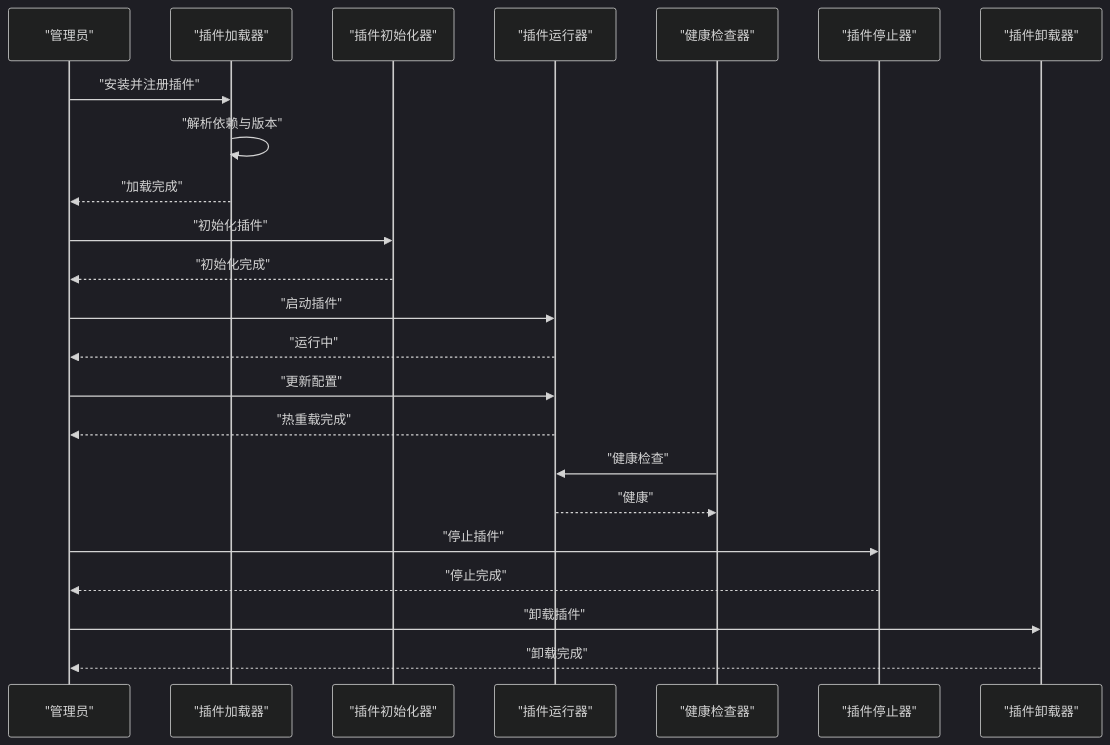
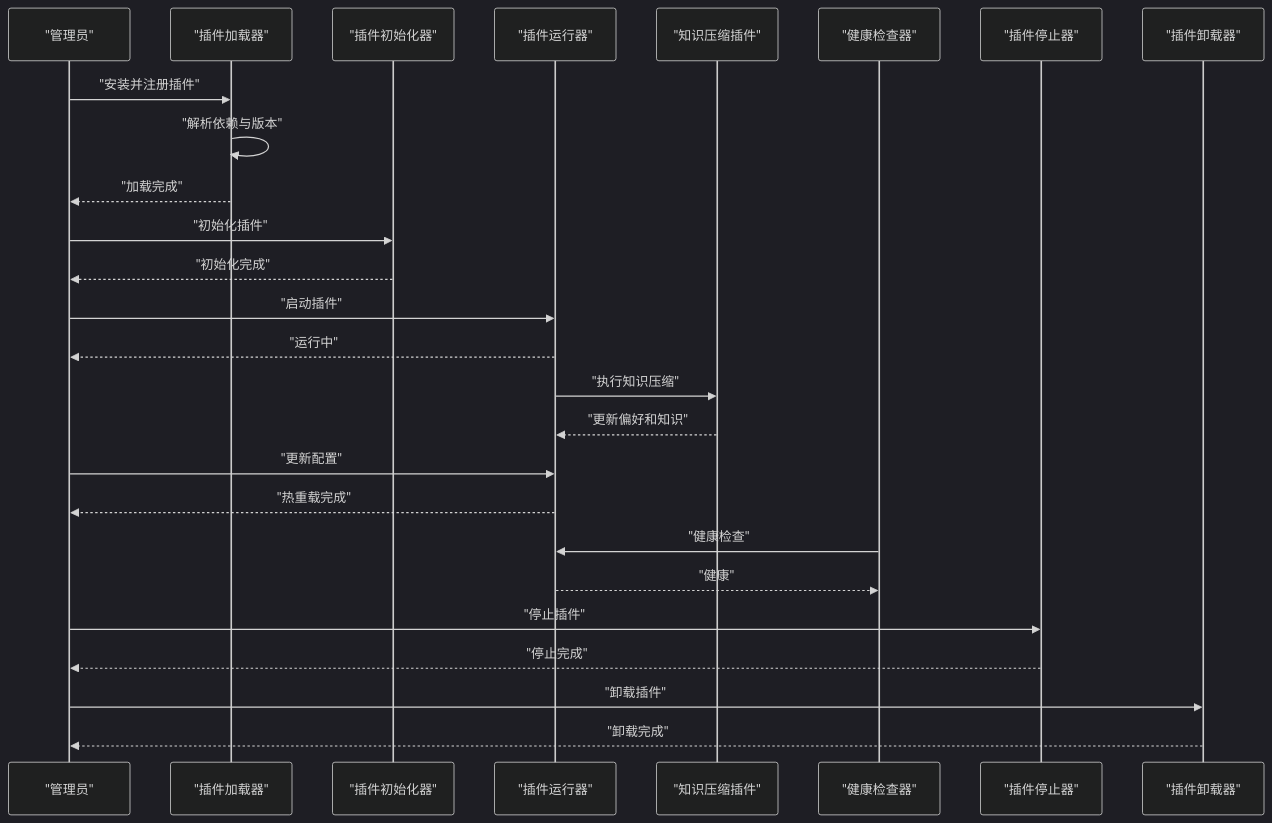
The eighth of 9 diagrams in .qoder/repowiki/zh/content/开发指南/插件开发指南/插件生命周期管理.md (lgx236/CNAA-Cloud-Native-Agent-Architecture-), drawn with Mermaid (dark theme) before and after one commit. The commit also changed other lines of this file and 98 other files, not shown here.

Commit message:
feat: Add cloud-local distributed architecture configuration & deployment docs

````diff
--- a/.qoder/repowiki/zh/content/开发指南/插件开发指南/插件生命周期管理.md
+++ b/.qoder/repowiki/zh/content/开发指南/插件开发指南/插件生命周期管理.md
@@ -291,25 +349,28 @@
 ```mermaid
 sequenceDiagram
 participant Admin as "管理员"
 participant Loader as "插件加载器"
 participant Init as "插件初始化器"
 participant Runner as "插件运行器"
+participant Knowledge as "知识压缩插件"
 participant Health as "健康检查器"
 participant Stopper as "插件停止器"
 participant Unloader as "插件卸载器"
 Admin->>Loader : "安装并注册插件"
 Loader->>Loader : "解析依赖与版本"
 Loader-->>Admin : "加载完成"
 Admin->>Init : "初始化插件"
 Init-->>Admin : "初始化完成"
 Admin->>Runner : "启动插件"
 Runner-->>Admin : "运行中"
+Runner->>Knowledge : "执行知识压缩"
+Knowledge-->>Runner : "更新偏好和知识"
 Admin->>Runner : "更新配置"
 Runner-->>Admin : "热重载完成"
 Health->>Runner : "健康检查"
 Runner-->>Health : "健康"
 Admin->>Stopper : "停止插件"
 Stopper-->>Admin : "停止完成"
 Admin->>Unloader : "卸载插件"
 Unloader-->>Admin : "卸载完成"
 ```
````
